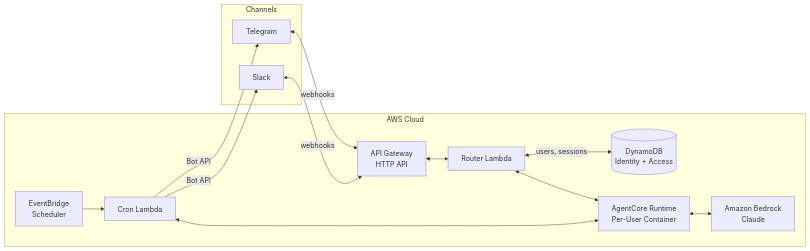
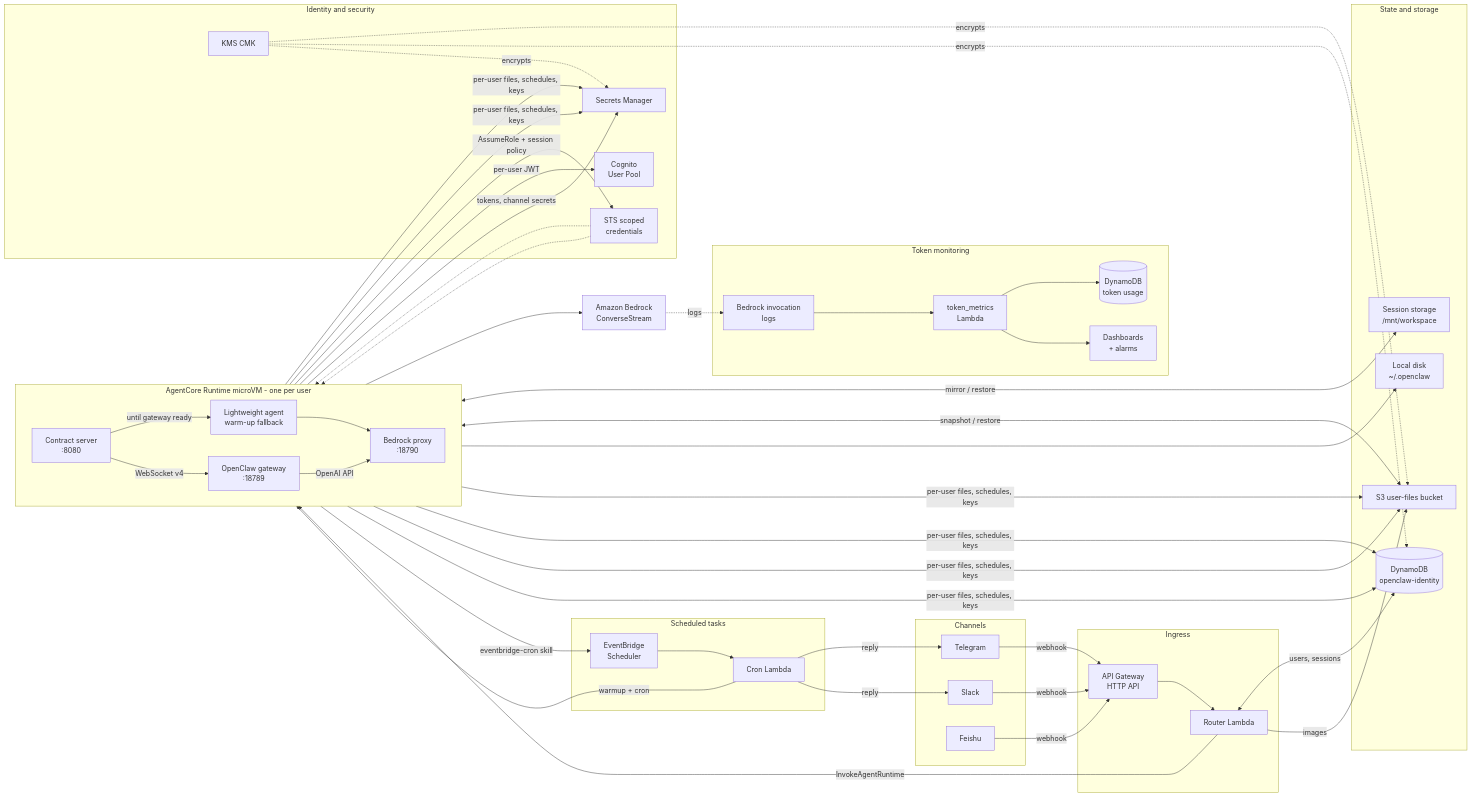
One commit to aws-samples/sample-host-openclaw-on-amazon-bedrock-agentcore changed the first of 2 diagrams in README.md. Above: the diagram before and after it, drawn with Mermaid. The commit also changed other lines of this file, not shown here.

Commit message:
docs(readme): align README with current architecture and redraw diagram (#102)

````diff
--- a/README.md
+++ b/README.md
@@ -48,26 +48,78 @@
 ```mermaid
 flowchart LR
-    subgraph Channels
+    subgraph CH[Channels]
         TG[Telegram]
         SL[Slack]
+        FS[Feishu]
     end
 
-    subgraph AWS[AWS Cloud]
+    subgraph ING[Ingress]
         APIGW[API Gateway<br/>HTTP API]
         ROUTER[Router Lambda]
-        DDB[(DynamoDB<br/>Identity + Access)]
-        AGENT[AgentCore Runtime<br/>Per-User Container]
-        BEDROCK[Amazon Bedrock<br/>Claude]
-        CRON[EventBridge<br/>Scheduler]
-        CRONLAMBDA[Cron Lambda]
     end
 
-    TG & SL <-->|webhooks| APIGW
-    APIGW <--> ROUTER
+    subgraph RT[AgentCore Runtime microVM - one per user]
+        direction LR
+        CONTRACT[Contract server<br/>:8080]
+        LWA[Lightweight agent<br/>warm-up fallback]
+        GW[OpenClaw gateway<br/>:18789]
+        PROXY[Bedrock proxy<br/>:18790]
+        CONTRACT -->|"until gateway ready"| LWA
+        CONTRACT -->|"WebSocket v4"| GW
+        LWA --> PROXY
+        GW -->|"OpenAI API"| PROXY
+    end
+
+    BR[Amazon Bedrock<br/>ConverseStream]
+
+    subgraph ST[State and storage]
+        LOCAL[Local disk<br/>~/.openclaw]
+        MNT[Session storage<br/>/mnt/workspace]
+        S3[S3 user-files bucket]
+        DDB[(DynamoDB<br/>openclaw-identity)]
+    end
+
+    subgraph SEC[Identity and security]
+        STS[STS scoped<br/>credentials]
+        COG[Cognito<br/>User Pool]
+        SM[Secrets Manager]
+        KMS[KMS CMK]
+    end
+
+    subgraph CRON[Scheduled tasks]
+        EB[EventBridge<br/>Scheduler]
+        CRONL[Cron Lambda]
+    end
+
+    subgraph OBS[Token monitoring]
+        LOGS[Bedrock invocation<br/>logs]
+        TOKL[token_metrics<br/>Lambda]
+        TOKDDB[(DynamoDB<br/>token usage)]
+        DASH[Dashboards<br/>+ alarms]
+    end
+
+    TG & SL & FS -->|webhook| APIGW --> ROUTER
+    ROUTER -->|InvokeAgentRuntime| CONTRACT
     ROUTER <-->|users, sessions| DDB
-    ROUTER <--> AGENT
-    AGENT <--> BEDROCK
-    CRON --> CRONLAMBDA
-    CRONLAMBDA <--> AGENT
-    CRONLAMBDA -->|Bot API| TG & SL
+    ROUTER -->|images| S3
+    PROXY --> BR
+    BR -.->|logs| LOGS
+
+    CONTRACT <-->|mirror / restore| MNT
+    CONTRACT <-->|snapshot / restore| S3
+    CONTRACT --> LOCAL
+    LWA & GW -->|per-user files, schedules, keys| S3 & DDB & SM
+
+    CONTRACT -->|AssumeRole + session policy| STS
+    STS -.-> LWA & GW
+    PROXY -->|per-user JWT| COG
+    CONTRACT -->|tokens, channel secrets| SM
+    KMS -.->|encrypts| S3 & DDB & SM
+
+    GW -->|eventbridge-cron skill| EB
+    EB --> CRONL
+    CRONL -->|warmup + cron| CONTRACT
+    CRONL -->|reply| TG & SL
+
+    LOGS --> TOKL --> TOKDDB & DASH
 ```
````
